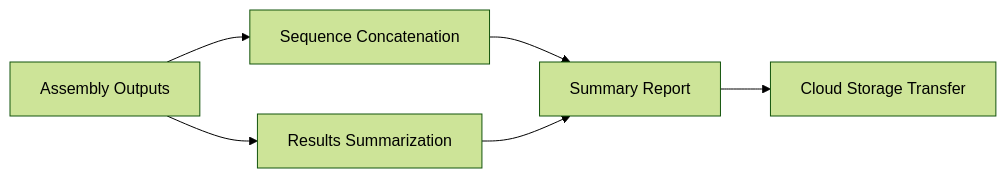
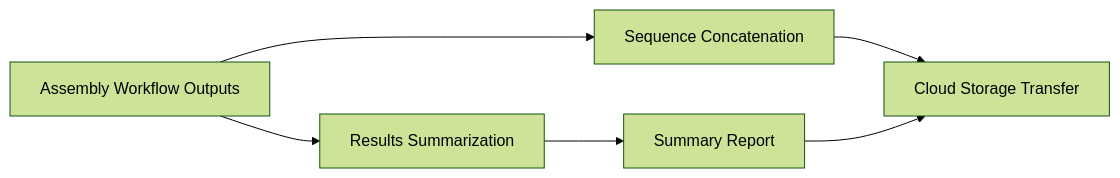
Before and after one commit to CDPHE-bioinformatics/CDPHE-Viral-Amplicon-WDL: the second of 3 diagrams in README.md, drawn with Mermaid (forest theme). The commit also changed other lines of this file, not shown here.

````diff
--- a/README.md
+++ b/README.md
@@ -41,7 +41,7 @@
 ```mermaid
 graph LR
-    A[Assembly Outputs] --> B[Sequence Concatenation]
+    A[Assembly Workflow Outputs] --> B[Sequence Concatenation]
     A --> C[Results Summarization]
-    B & C --> D[Summary Report]
-    D --> E[Cloud Storage Transfer]
+    C --> D[Summary Report]
+    B & D --> E[Cloud Storage Transfer]
 ```
````
